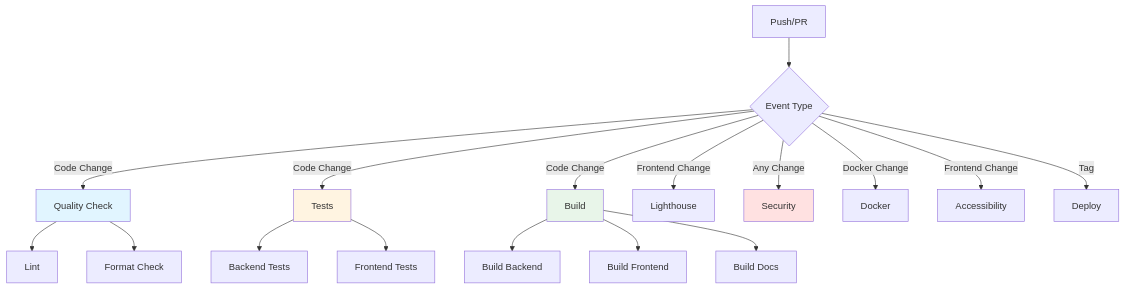
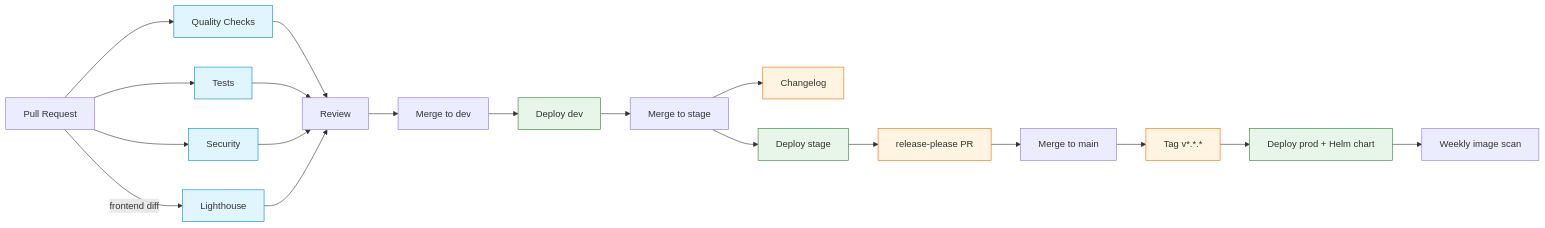
Before and after one commit to EPFL-ENAC/co2-calculator: the diagram in docs/src/architecture/cicd-workflows.md, drawn with Mermaid. The commit also changed other lines of this file and 1 other file, not shown here.

First line of the commit message:
docs(#860): C6 CI/CD workflows mermaid + condense

````diff
--- a/docs/src/architecture/cicd-workflows.md
+++ b/docs/src/architecture/cicd-workflows.md
@@ -15,27 +22,28 @@
 ```mermaid
-graph TD
-    A[Push/PR] --> B{Event Type}
-    B -->|Code Change| C[Quality Check]
-    B -->|Code Change| D[Tests]
-    B -->|Code Change| E[Build]
-    B -->|Frontend Change| F[Lighthouse]
-    B -->|Any Change| G[Security]
-    B -->|Docker Change| H[Docker]
-    B -->|Frontend Change| I[Accessibility]
-    B -->|Tag| J[Deploy]
+flowchart LR
+    PR[Pull Request] --> Q[Quality Checks]
+    PR --> T[Tests]
+    PR --> S[Security]
+    PR -->|frontend diff| L[Lighthouse]
+    Q --> R[Review]
+    T --> R
+    S --> R
+    L --> R
+    R --> Mdev[Merge to dev]
+    Mdev --> Ddev[Deploy dev]
+    Ddev --> Mstage[Merge to stage]
+    Mstage --> CL[Changelog]
+    Mstage --> Dstage[Deploy stage]
+    Dstage --> RP[release-please PR]
+    RP --> Mmain[Merge to main]
+    Mmain --> Tag[Tag v*.*.*]
+    Tag --> Dprod[Deploy prod + Helm chart]
+    Dprod --> Scan[Weekly image scan]
 
-    C --> K[Lint]
-    C --> L[Format Check]
-
-    D --> M[Backend Tests]
-    D --> N[Frontend Tests]
-
-    E --> O[Build Backend]
-    E --> P[Build Frontend]
-    E --> Q[Build Docs]
-
-    style C fill:#e1f5ff
-    style D fill:#fff4e1
-    style E fill:#e8f5e9
-    style G fill:#ffe1e1
+    classDef ci fill:#e1f5ff,stroke:#0288d1
+    classDef deploy fill:#e8f5e9,stroke:#2e7d32
+    classDef release fill:#fff4e1,stroke:#ef6c00
+    class Q,T,S,L ci
+    class Ddev,Dstage,Dprod deploy
+    class CL,RP,Tag release
 ```
````
